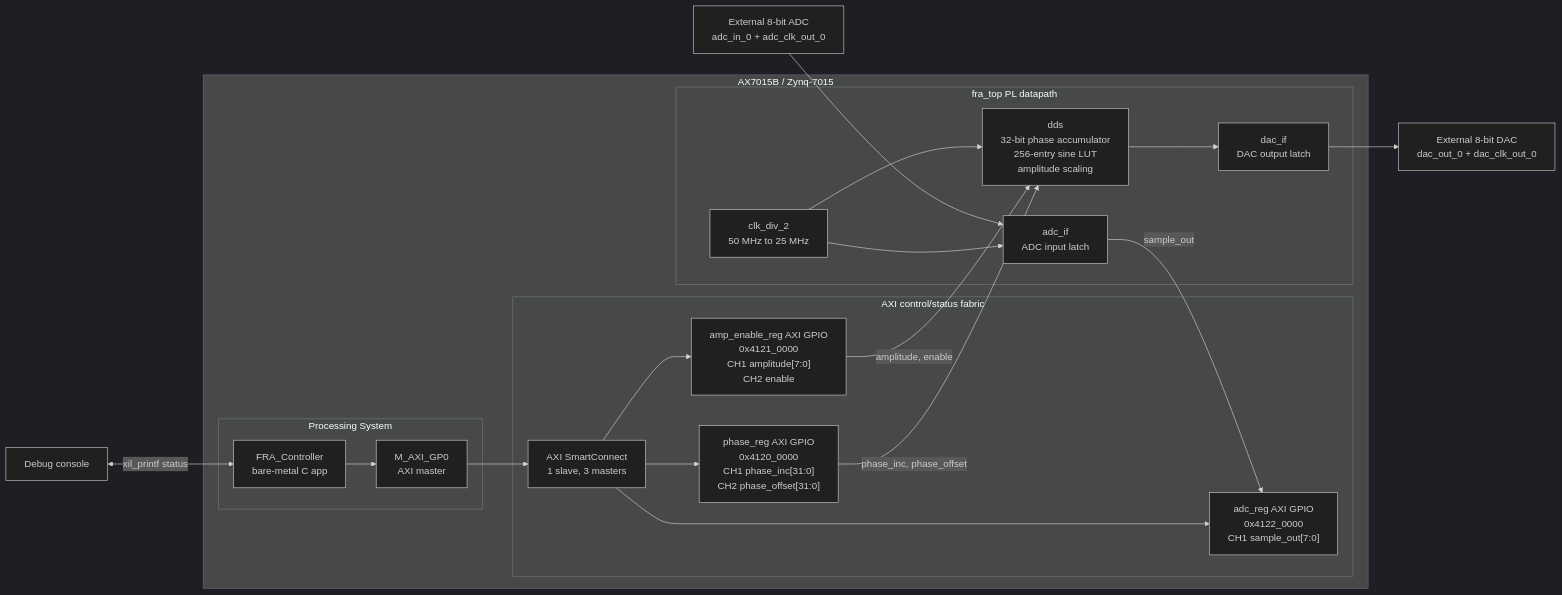
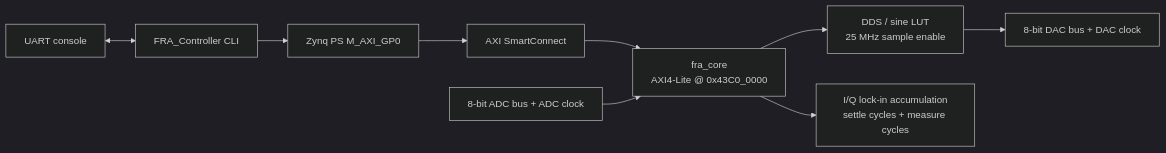
The diagram in README.md (Tommy270502/PCIE_FRA), drawn with Mermaid (dark theme) before and after one commit. The commit also changed other lines of this file and 508 other files, not shown here.

````diff
--- a/README.md
+++ b/README.md
@@ -34,42 +27,14 @@
 ```mermaid
 flowchart LR
-    console["Debug console"] <-- "xil_printf status" --> app
+    console["UART console"] <--> app["FRA_Controller CLI"]
+    app --> gp0["Zynq PS M_AXI_GP0"]
 
-    subgraph board["AX7015B / Zynq-7015"]
-        subgraph ps["Processing System"]
-            app["FRA_Controller\nbare-metal C app"]
-            gp0["M_AXI_GP0\nAXI master"]
-            app --> gp0
-        end
+    gp0 --> axi["AXI SmartConnect"]
+    axi --> core["fra_core\nAXI4-Lite @ 0x43C0_0000"]
 
-        subgraph axi["AXI control/status fabric"]
-            smc["AXI SmartConnect\n1 slave, 3 masters"]
-            phase["phase_reg AXI GPIO\n0x4120_0000\nCH1 phase_inc[31:0]\nCH2 phase_offset[31:0]"]
-            amp["amp_enable_reg AXI GPIO\n0x4121_0000\nCH1 amplitude[7:0]\nCH2 enable"]
-            adc_reg["adc_reg AXI GPIO\n0x4122_0000\nCH1 sample_out[7:0]"]
-        end
+    core --> dds["DDS / sine LUT\n25 MHz sample enable"]
+    dds --> dac["8-bit DAC bus + DAC clock"]
+    adc["8-bit ADC bus + ADC clock"] --> core
 
-        subgraph datapath["fra_top PL datapath"]
-            clkdiv["clk_div_2\n50 MHz to 25 MHz"]
-            adc_if["adc_if\nADC input latch"]
-            dds["dds\n32-bit phase accumulator\n256-entry sine LUT\namplitude scaling"]
-            dac_if["dac_if\nDAC output latch"]
-
-            clkdiv --> adc_if
-            clkdiv --> dds
-            dds --> dac_if
-        end
-
-        gp0 --> smc
-        smc --> phase
-        smc --> amp
-        smc --> adc_reg
-
-        phase -- "phase_inc, phase_offset" --> dds
-        amp -- "amplitude, enable" --> dds
-        adc_if -- "sample_out" --> adc_reg
-    end
-
-    ext_adc["External 8-bit ADC\nadc_in_0 + adc_clk_out_0"] --> adc_if
-    dac_if --> ext_dac["External 8-bit DAC\ndac_out_0 + dac_clk_out_0"]
+    core --> lockin["I/Q lock-in accumulation\nsettle cycles + measure cycles"]
 ```
````
